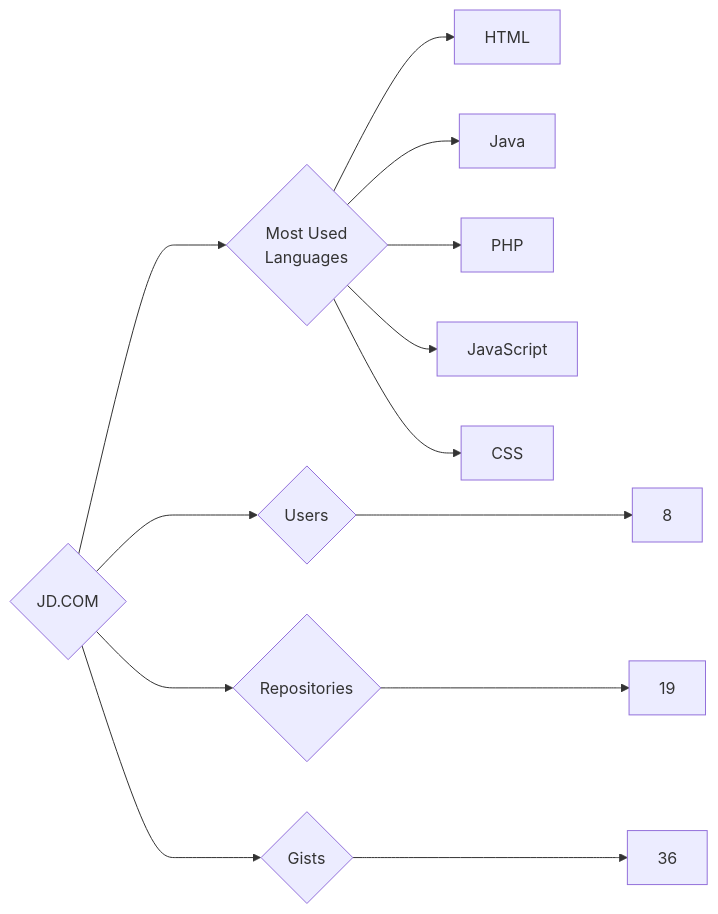
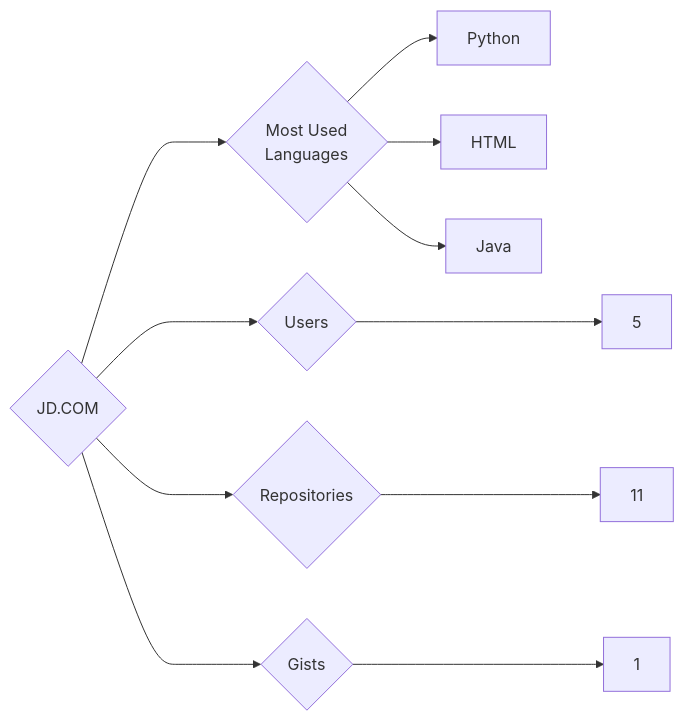
The diagram in targets/JD.COM/README.md (trickest/insiders), drawn with Mermaid before and after one commit. The commit also changed 772 other files, not shown here.

````diff
--- a/targets/JD.COM/README.md
+++ b/targets/JD.COM/README.md
@@ -3,13 +3,11 @@
 ```mermaid
 graph LR
 COMPANY_NAME{JD.COM}
-COMPANY_NAME ---> U{Users} ---> UN[8]
-COMPANY_NAME ---> R{Repositories} ---> RN[19]
-COMPANY_NAME ---> G{Gists} ---> GN[36]
+COMPANY_NAME ---> U{Users} ---> UN[5]
+COMPANY_NAME ---> R{Repositories} ---> RN[11]
+COMPANY_NAME ---> G{Gists} ---> GN[1]
 COMPANY_NAME ---> ML{Most Used<br>Languages}
+ML --> Python[Python]
 ML --> HTML[HTML]
 ML --> Java[Java]
-ML --> PHP[PHP]
-ML --> JavaScript[JavaScript]
-ML --> CSS[CSS]
 ```
````
